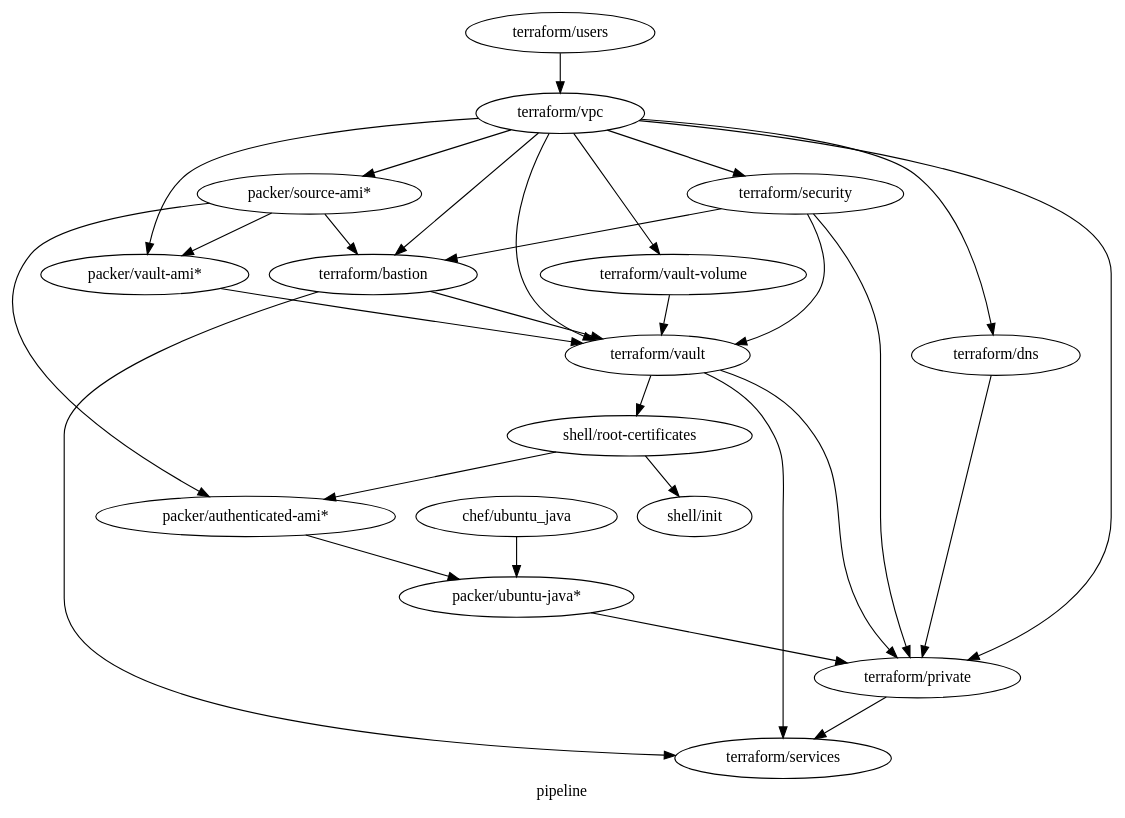
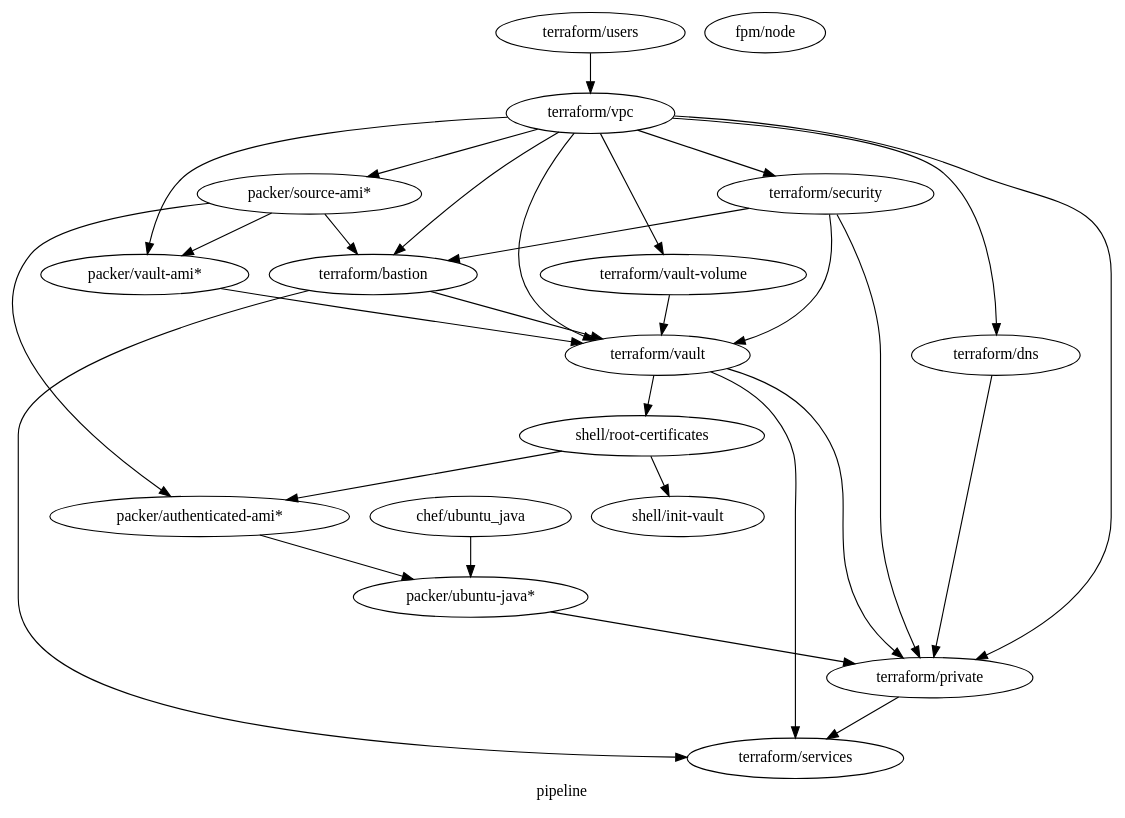
Before and after one commit to samsquire/mazzle-starter: the diagram in architecture.dot, drawn with Graphviz. The commit also changed 15 other files, not shown here.

```diff
--- a/architecture.dot
+++ b/architecture.dot
@@ -1,78 +1,80 @@
 digraph G {
   label="pipeline";
 
 /* List your components */  
 "chef/ubuntu_java";
 "packer/source-ami*";
 "packer/ubuntu-java*";
 "terraform/vpc";
 "terraform/users";
 "terraform/bastion";
  "terraform/private"; 
 /* "terraform/repository"; */
 /* "terraform/repository-volume"; */
 "packer/vault-ami*";
 "terraform/vault";
 "terraform/security";
 "terraform/services";
 "terraform/dns";
 "shell/root-certificates";
 "packer/authenticated-ami*";
 
 /* List dependencies */
 "packer/source-ami*" -> "terraform/bastion";
 
 /* "terraform/vpc" -> "terraform/repository"; */
 /* "terraform/dns" -> "terraform/repository"; */
 /* "terraform/security" -> "terraform/repository"; */
 /* "terraform/repository" -> "packer/source-ami"; */
 
 "terraform/vpc" -> "terraform/dns";
  "terraform/vault" -> "terraform/private";
 /* "terraform/vpc" -> "terraform/repository-volume"; */
 /* "terraform/repository-volume" -> "terraform/repository"; */
 
 "terraform/vault" -> "terraform/services";
 "terraform/bastion" -> "terraform/services";
 "terraform/private" -> "terraform/services";
 
 "terraform/vpc" -> "terraform/vault-volume";
 "terraform/vpc" -> "packer/source-ami*";
 
 "terraform/vpc" -> "packer/vault-ami*";
 "packer/vault-ami*" -> "terraform/vault";
 
 "terraform/vault-volume" -> "terraform/vault";
 
 "packer/source-ami*" -> "packer/vault-ami*";
 
  "terraform/dns" -> "terraform/private";
 
 "terraform/security" -> "terraform/vault"
 "terraform/vpc" -> "terraform/vault";
 
 "terraform/security" -> "terraform/bastion";
  "terraform/security" -> "terraform/private"; 
 "terraform/vpc" -> "terraform/security";
 
 "chef/ubuntu_java" -> "packer/ubuntu-java*";
 "terraform/users" -> "terraform/vpc"
 
 "terraform/vpc" ->"terraform/private";
 
 "terraform/vpc" -> "terraform/bastion";
 "terraform/vault" -> "shell/root-certificates";
 "terraform/bastion" -> "terraform/vault";
 
 "shell/root-certificates" -> "packer/authenticated-ami*";
 
 "packer/ubuntu-java*" -> "terraform/private";
 
 "packer/source-ami*" -> "packer/authenticated-ami*";
 "packer/authenticated-ami*" -> "packer/ubuntu-java*";
 
-"shell/root-certificates" -> "shell/init";
+"shell/root-certificates" -> "shell/init-vault";
+
+"fpm/node"
 
 /* "shell/init" -> "shell/test"; */
 
 }
```
